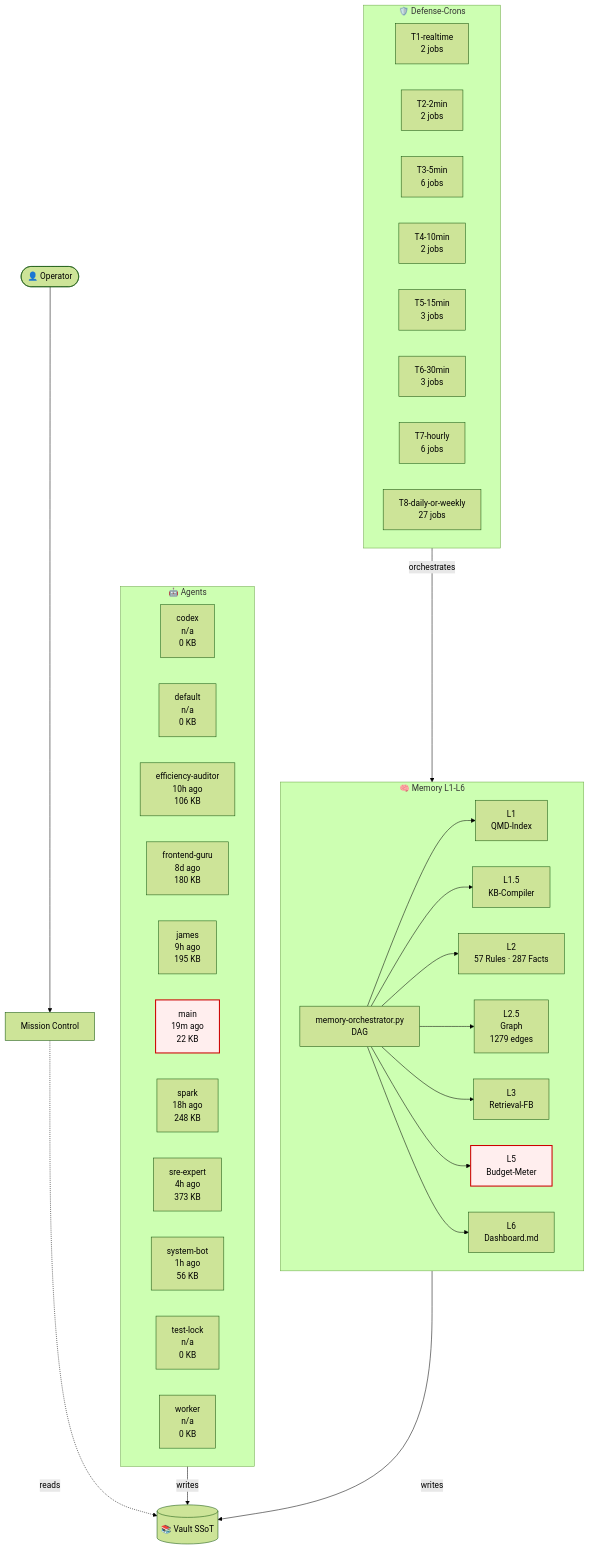
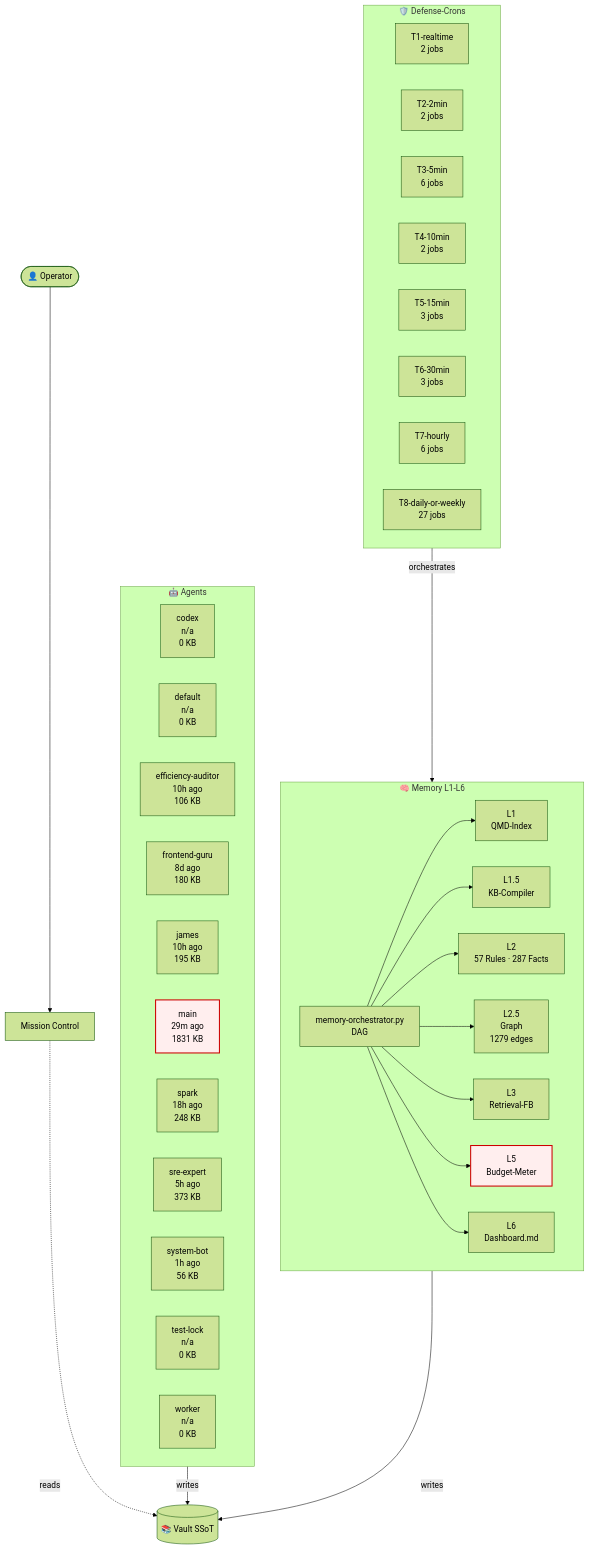
The diagram in 03-Agents/architecture-live.md (lenardhuebner88-rgb/openclaw-memory), drawn with Mermaid (forest theme) before and after one commit. The commit also changed other lines of this file and 1 other file, not shown here.

````diff
--- a/03-Agents/architecture-live.md
+++ b/03-Agents/architecture-live.md
@@ -18,54 +18,54 @@
 ```mermaid
 flowchart TB
     classDef critical fill:#fee,stroke:#c00,stroke-width:2px;
     subgraph AGT["🤖 Agents"]
         agent_codex["codex<br/>n/a<br/>0 KB"]
         agent_default["default<br/>n/a<br/>0 KB"]
         agent_efficiency_auditor["efficiency-auditor<br/>10h ago<br/>106 KB"]
         agent_frontend_guru["frontend-guru<br/>8d ago<br/>180 KB"]
-        agent_james["james<br/>9h ago<br/>195 KB"]
-        agent_main["main<br/>19m ago<br/>22 KB"]
+        agent_james["james<br/>10h ago<br/>195 KB"]
+        agent_main["main<br/>29m ago<br/>1831 KB"]
         agent_spark["spark<br/>18h ago<br/>248 KB"]
-        agent_sre_expert["sre-expert<br/>4h ago<br/>373 KB"]
+        agent_sre_expert["sre-expert<br/>5h ago<br/>373 KB"]
         agent_system_bot["system-bot<br/>1h ago<br/>56 KB"]
         agent_test_lock["test-lock<br/>n/a<br/>0 KB"]
         agent_worker["worker<br/>n/a<br/>0 KB"]
     end
     subgraph MEM["🧠 Memory L1-L6"]
         L1["L1<br/>QMD-Index"]
         L15["L1.5<br/>KB-Compiler"]
         L2["L2<br/>57 Rules · 287 Facts"]
         L25["L2.5<br/>Graph<br/>1279 edges"]
         L3["L3<br/>Retrieval-FB"]
         L5["L5<br/>Budget-Meter"]
         L6["L6<br/>Dashboard.md"]
         ORCH["memory-orchestrator.py<br/>DAG"]
     end
     subgraph CRN["🛡️ Defense-Crons"]
         tier_T1_realtime["T1-realtime<br/>2 jobs"]
         tier_T2_2min["T2-2min<br/>2 jobs"]
         tier_T3_5min["T3-5min<br/>6 jobs"]
         tier_T4_10min["T4-10min<br/>2 jobs"]
         tier_T5_15min["T5-15min<br/>3 jobs"]
         tier_T6_30min["T6-30min<br/>3 jobs"]
         tier_T7_hourly["T7-hourly<br/>6 jobs"]
         tier_T8_daily_or_weekly["T8-daily-or-weekly<br/>27 jobs"]
     end
     VAULT[("📚 Vault SSoT")]
     OP([👤 Operator])
     MC["Mission Control"]
     OP --> MC
     MC -.reads.-> VAULT
     AGT -->|writes| VAULT
     MEM -->|writes| VAULT
     ORCH --> L1
     ORCH --> L15
     ORCH --> L2
     ORCH --> L25
     ORCH --> L3
     ORCH --> L5
     ORCH --> L6
     CRN -->|orchestrates| MEM
     class L5 critical
     class agent_main critical
 ```
````
